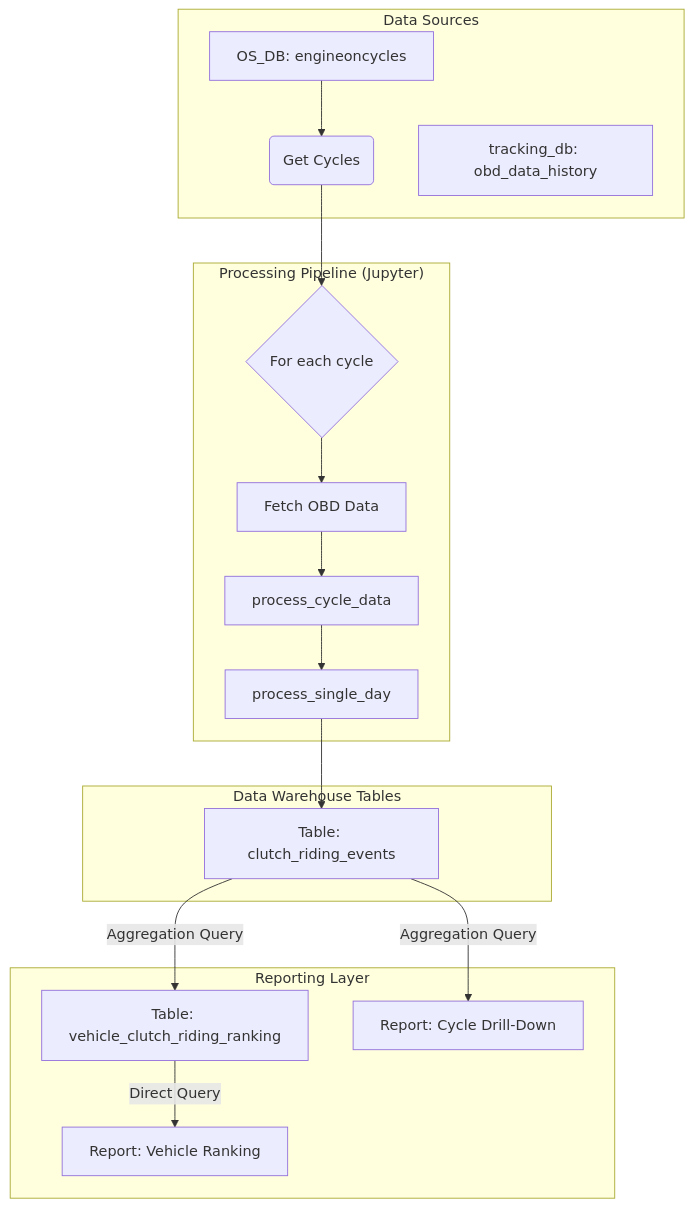
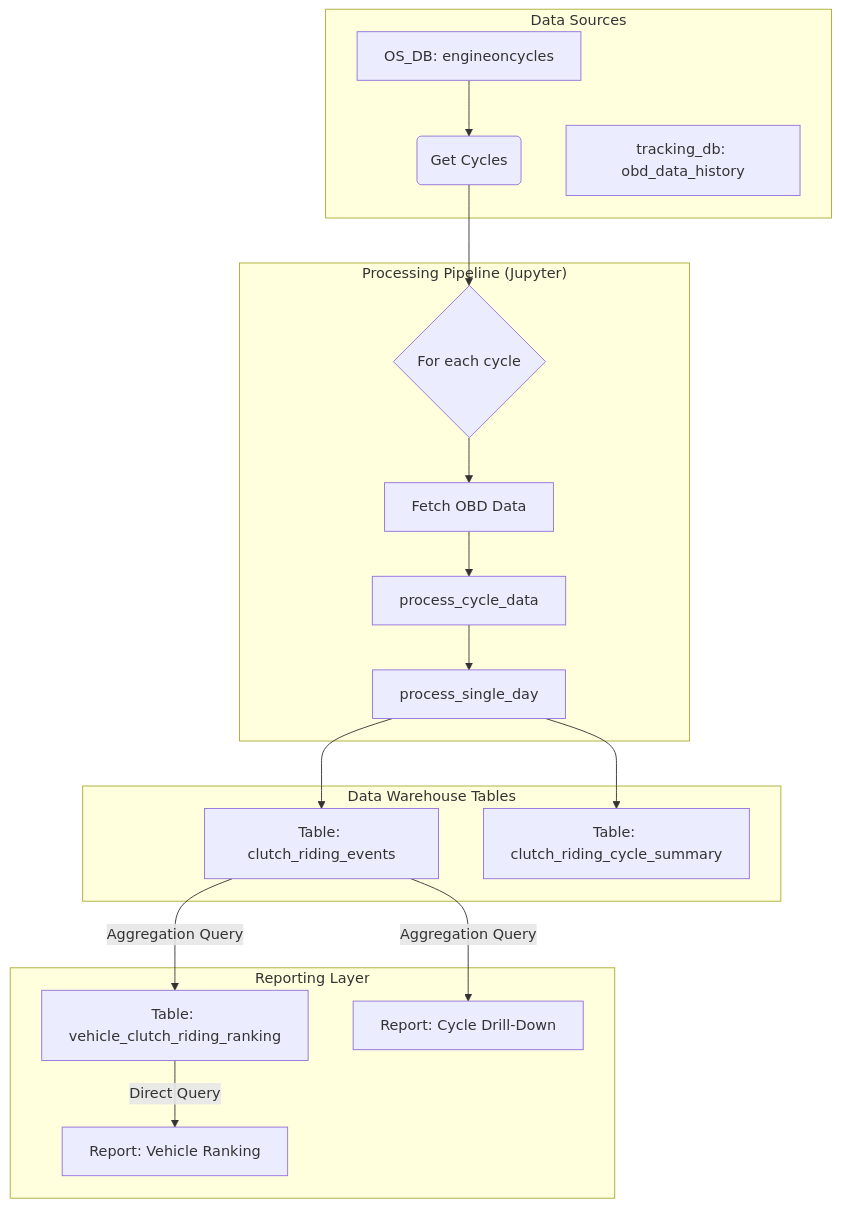
One commit to walterbrown17/clutch_riding changed the first of 2 diagrams in SIMPLE_PRD.md. Above: the diagram before and after it, drawn with Mermaid. The commit also changed other lines of this file, not shown here.

````diff
--- a/SIMPLE_PRD.md
+++ b/SIMPLE_PRD.md
@@ -40,24 +40,25 @@
 ```mermaid
 graph TD
     subgraph "Data Sources"
         A[OS_DB: engineoncycles] --> B;
         C[tracking_db: obd_data_history];
     end
 
     subgraph "Processing Pipeline (Jupyter)"
         B(Get Cycles) --> E{For each cycle};
         E --> F[Fetch OBD Data];
         F --> G[process_cycle_data];
         G --> H[process_single_day];
     end
     
     subgraph "Data Warehouse Tables"
         H --> I[Table: clutch_riding_events];
+        H --> J[Table: clutch_riding_cycle_summary];
     end
 
     subgraph "Reporting Layer"
         I -- Aggregation Query --> K[Table: vehicle_clutch_riding_ranking];
         I -- Aggregation Query --> L[Report: Cycle Drill-Down];
         K -- Direct Query --> M[Report: Vehicle Ranking];
     end
 ```
````
